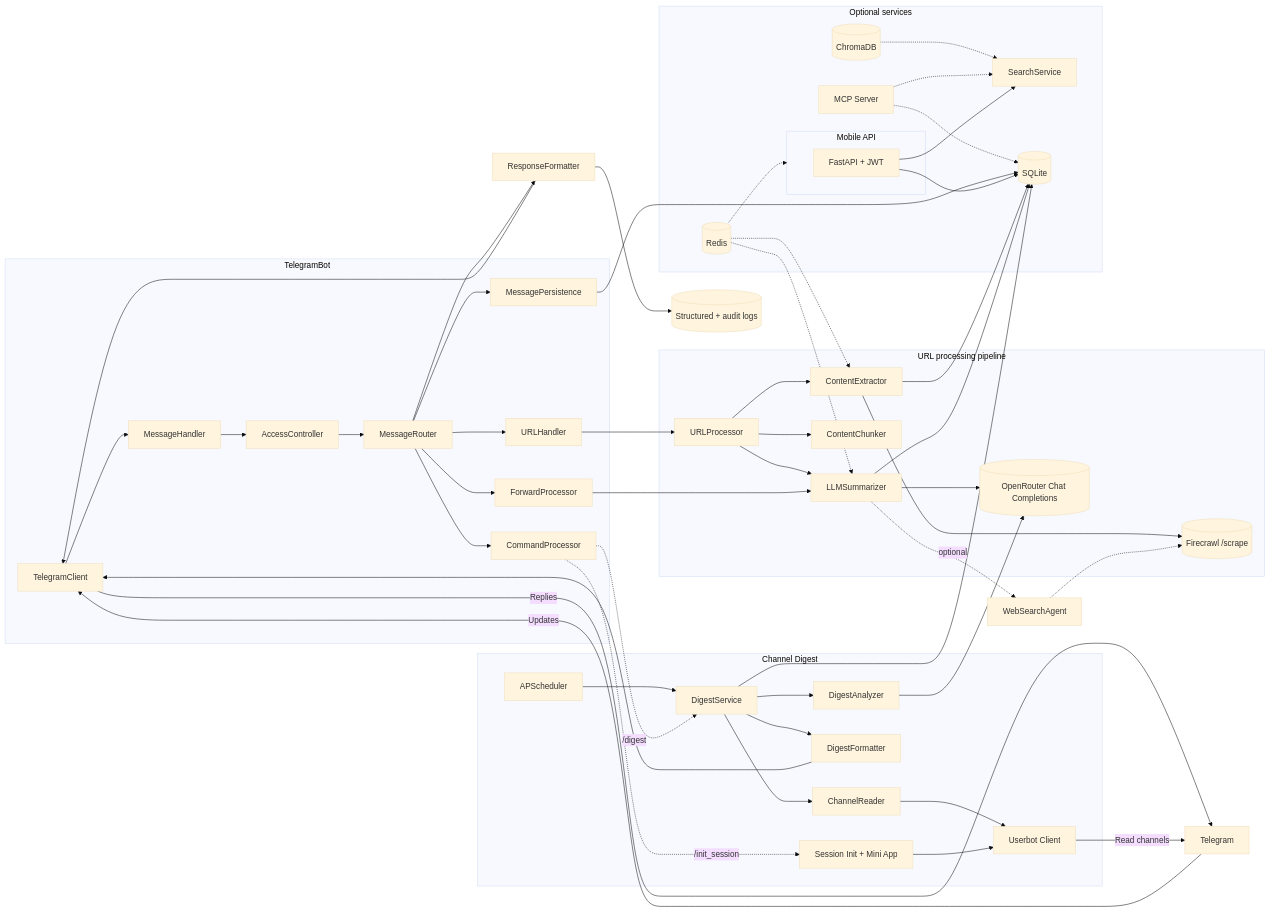
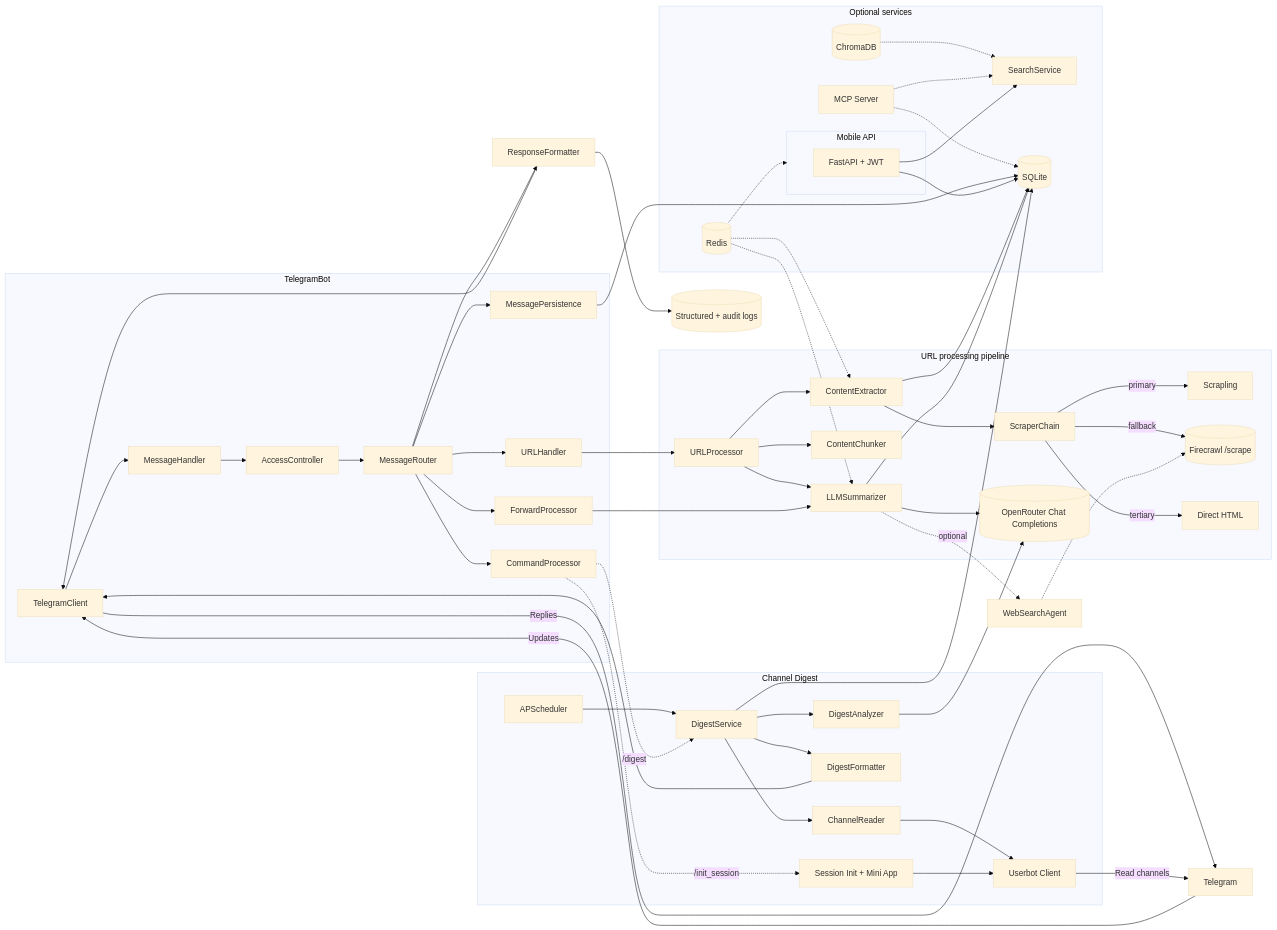
One commit to po4yka/bite-size-reader changed the diagram in README.md. Above: the diagram before and after it, drawn with Mermaid (base theme). The commit also changed other lines of this file and 8 other files, not shown here.

First line of the commit message:
docs: Update documentation for multi-provider scraper chain architecture

````diff
--- a/README.md
+++ b/README.md
@@ -63,62 +63,65 @@
 ```mermaid
 flowchart LR
   subgraph TelegramBot
     TGClient[TelegramClient] --> MsgHandler[MessageHandler]
     MsgHandler --> AccessController
     AccessController --> MessageRouter
     MessageRouter --> CommandProcessor
     MessageRouter --> URLHandler
     MessageRouter --> ForwardProcessor
     MessageRouter --> MessagePersistence
   end
 
   subgraph URLPipeline[URL processing pipeline]
     URLHandler --> URLProcessor
     URLProcessor --> ContentExtractor
-    ContentExtractor --> Firecrawl[(Firecrawl /scrape)]
+    ContentExtractor --> ScraperChain[ScraperChain]
+    ScraperChain -->|primary| Scrapling[Scrapling]
+    ScraperChain -->|fallback| Firecrawl[(Firecrawl /scrape)]
+    ScraperChain -->|tertiary| DirectHTML[Direct HTML]
     URLProcessor --> ContentChunker
     URLProcessor --> LLMSummarizer
     LLMSummarizer --> OpenRouter[(OpenRouter Chat Completions)]
   end
 
   subgraph DigestPipeline[Channel Digest]
     Scheduler[APScheduler] --> DigestService
     CommandProcessor -.->|/digest| DigestService
     DigestService --> ChannelReader
     ChannelReader --> UserbotClient[Userbot Client]
     DigestService --> DigestAnalyzer
     DigestAnalyzer --> OpenRouter
     DigestService --> DigestFormatter
     DigestFormatter --> TGClient
     CommandProcessor -.->|/init_session| SessionInit[Session Init + Mini App]
     SessionInit --> UserbotClient
   end
 
   subgraph OptionalServices[Optional services]
     Redis[(Redis)] -.-> ContentExtractor
     Redis -.-> LLMSummarizer
     Redis -.-> MobileAPI
     ChromaDB[(ChromaDB)] -.-> SearchService
     MCPServer[MCP Server] -.-> SQLite
     MCPServer -.-> SearchService
   end
 
   ForwardProcessor --> LLMSummarizer
   LLMSummarizer -.->| optional | WebSearch[WebSearchAgent]
   WebSearch -.-> Firecrawl
   ContentExtractor --> SQLite[(SQLite)]
   MessagePersistence --> SQLite
   LLMSummarizer --> SQLite
   DigestService --> SQLite
   MessageRouter --> ResponseFormatter
   ResponseFormatter --> TGClient
   TGClient -->| Replies | Telegram
   Telegram -->| Updates | TGClient
   UserbotClient -->| Read channels | Telegram
   ResponseFormatter --> Logs[(Structured + audit logs)]
 
   subgraph MobileAPI[Mobile API]
     FastAPI[FastAPI + JWT] --> SQLite
     FastAPI --> SearchService[SearchService]
   end
 ```
````
